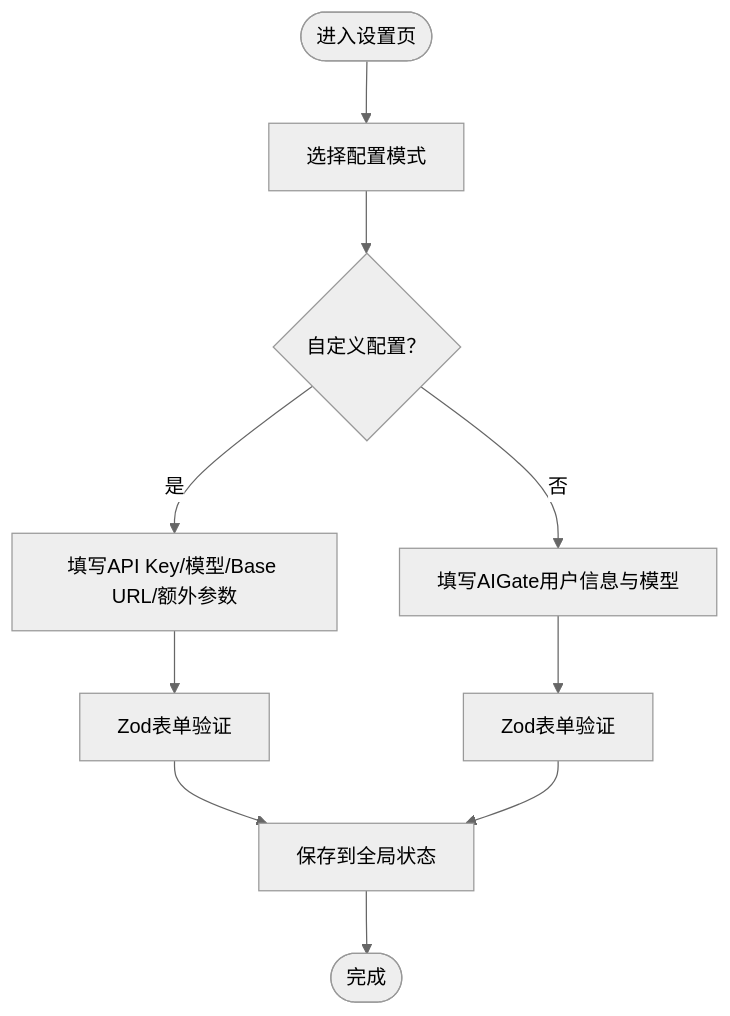
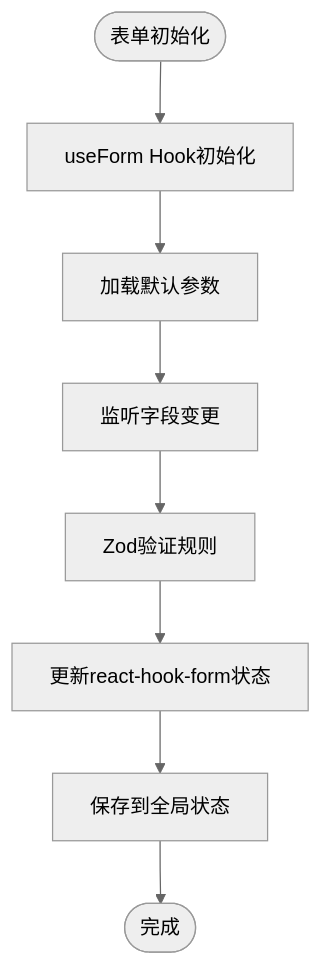
One commit to RadiumAg/bilibili-favorites changed the third of 8 diagrams in .qoder/repowiki/zh/content/核心功能模块/配置管理系统.md. Above: the diagram before and after it, drawn with Mermaid (neutral theme). The commit also changed other lines of this file and 27 other files, not shown here.

````diff
--- a/.qoder/repowiki/zh/content/核心功能模块/配置管理系统.md
+++ b/.qoder/repowiki/zh/content/核心功能模块/配置管理系统.md
@@ -179,12 +170,10 @@
 ```mermaid
 flowchart TD
-Start(["进入设置页"]) --> ModeSel["选择配置模式"]
-ModeSel --> Custom{"自定义配置？"}
-Custom --> |是| FillCustom["填写API Key/模型/Base URL/额外参数"]
-Custom --> |否| FillFree["填写AIGate用户信息与模型"]
-FillCustom --> ValidateCustom["Zod表单验证"]
-FillFree --> ValidateFree["Zod表单验证"]
-ValidateCustom --> Save["保存到全局状态"]
-ValidateFree --> Save
-Save --> End(["完成"])
+Start(["表单初始化"]) --> InitForm["useForm Hook初始化"]
+InitForm --> LoadDefaults["加载默认参数"]
+LoadDefaults --> WatchFields["监听字段变更"]
+WatchFields --> ValidateField["Zod验证规则"]
+ValidateField --> UpdateState["更新react-hook-form状态"]
+UpdateState --> PersistData["保存到全局状态"]
+PersistData --> End(["完成"])
 ```
````
